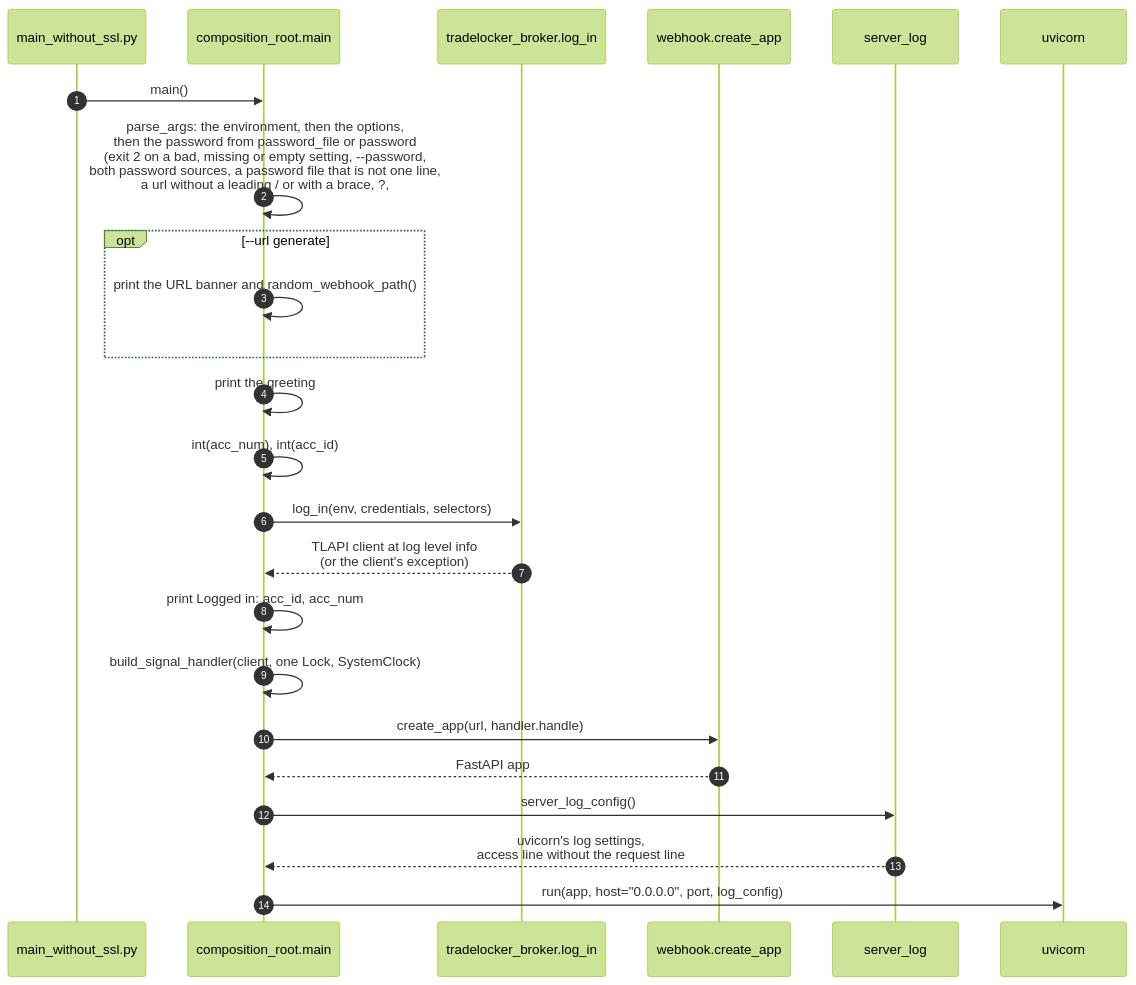
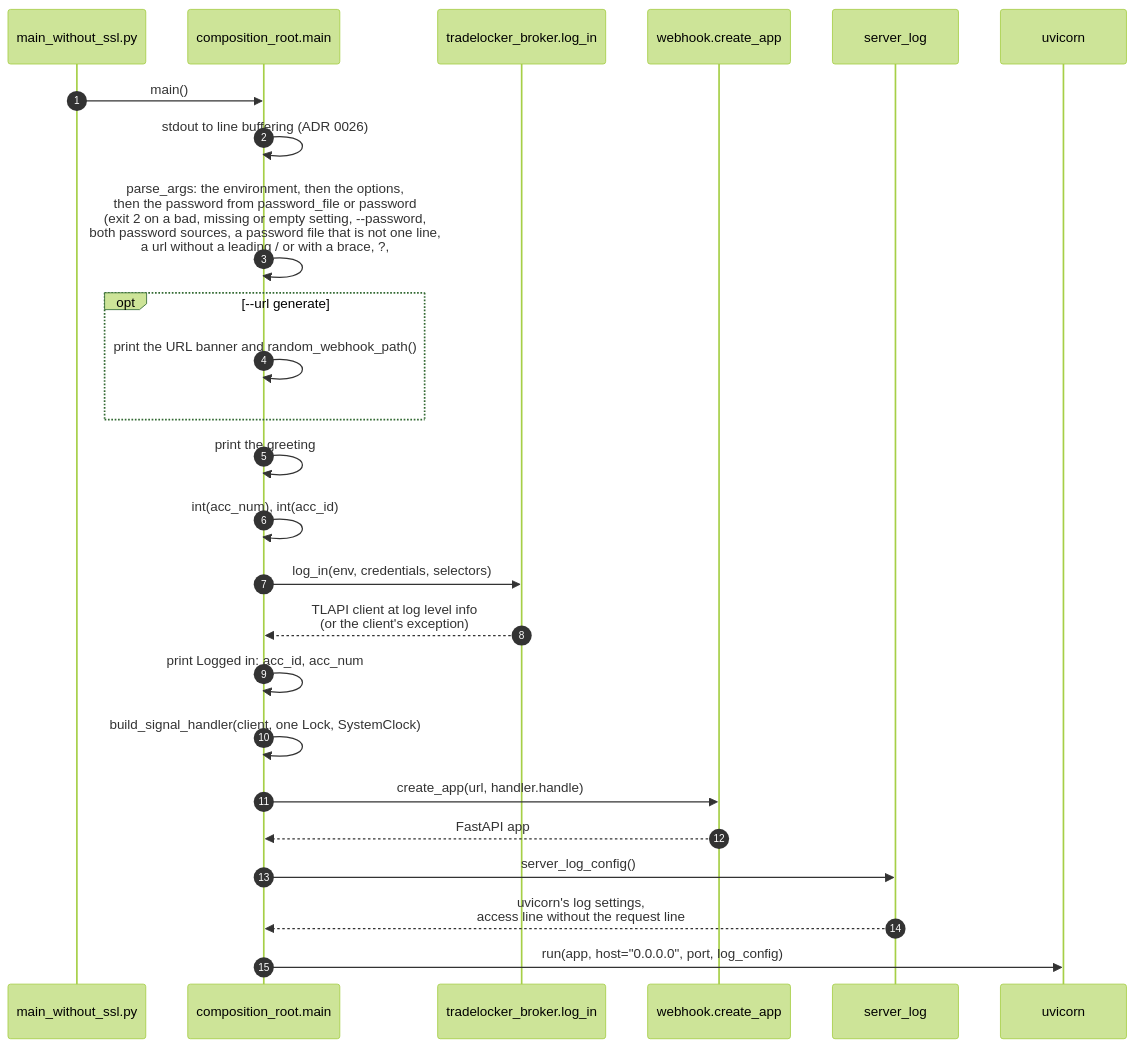
One commit to Akinzou/TradeLockerBot changed the second of 6 diagrams in docs/architecture.md. Above: the diagram before and after it, drawn with Mermaid (forest theme). The commit also changed other lines of this file and 4 other files, not shown here.

Commit message:
docs: ADR 0026 and the docs for line-buffered output (roadmap step 6n)

````diff
--- a/docs/architecture.md
+++ b/docs/architecture.md
@@ -100,26 +100,27 @@
 ```mermaid
 sequenceDiagram
     autonumber
     participant EP as main_without_ssl.py
     participant CR as composition_root.main
     participant TB as tradelocker_broker.log_in
     participant WH as webhook.create_app
     participant SL as server_log
     participant U as uvicorn
     EP->>CR: main()
+    CR->>CR: stdout to line buffering (ADR 0026)
     CR->>CR: parse_args: the environment, then the options,<br/>then the password from password_file or password<br/>(exit 2 on a bad, missing or empty setting, --password,<br/>both password sources, a password file that is not one line,<br/>a url without a leading / or with a brace, ?, # or %)
     opt --url generate
         CR->>CR: print the URL banner and random_webhook_path()
     end
     CR->>CR: print the greeting
     CR->>CR: int(acc_num), int(acc_id)
     CR->>TB: log_in(env, credentials, selectors)
     TB-->>CR: TLAPI client at log level info<br/>(or the client's exception)
     CR->>CR: print Logged in: acc_id, acc_num
     CR->>CR: build_signal_handler(client, one Lock, SystemClock)
     CR->>WH: create_app(url, handler.handle)
     WH-->>CR: FastAPI app
     CR->>SL: server_log_config()
     SL-->>CR: uvicorn's log settings,<br/>access line without the request line
     CR->>U: run(app, host="0.0.0.0", port, log_config)
 ```
````
